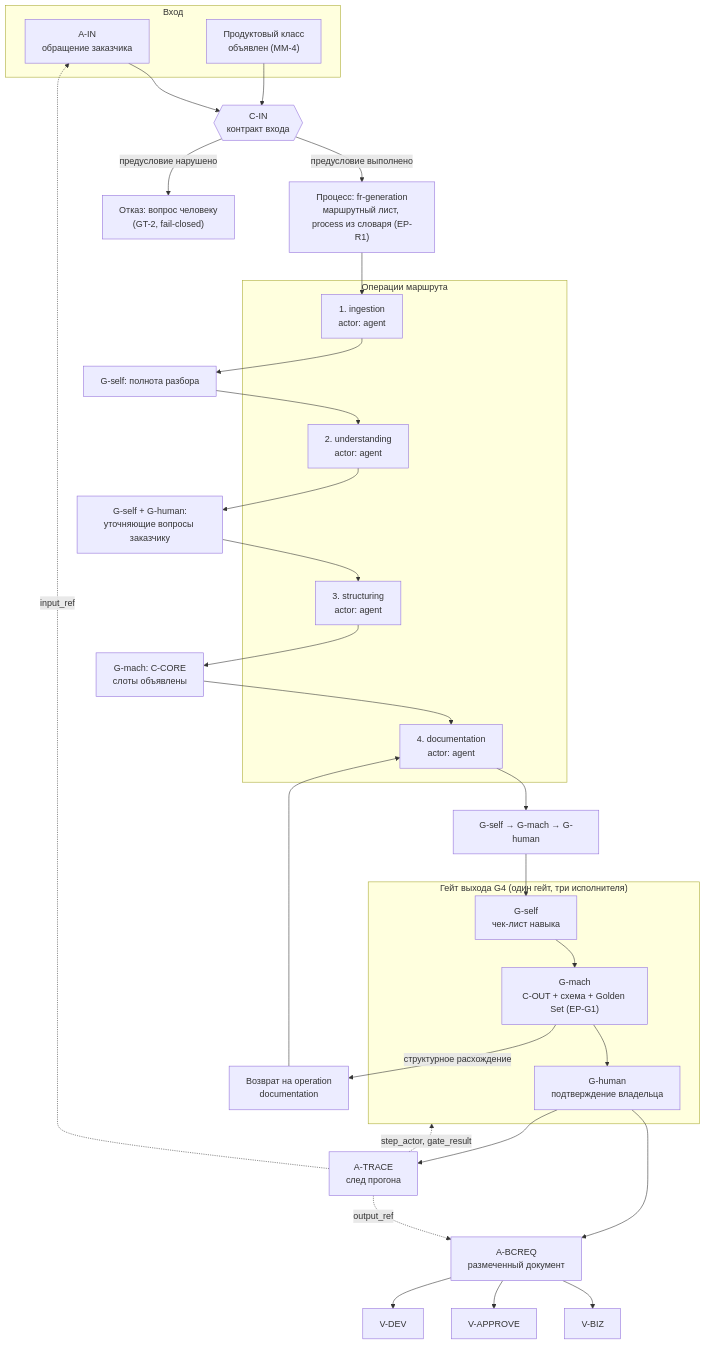
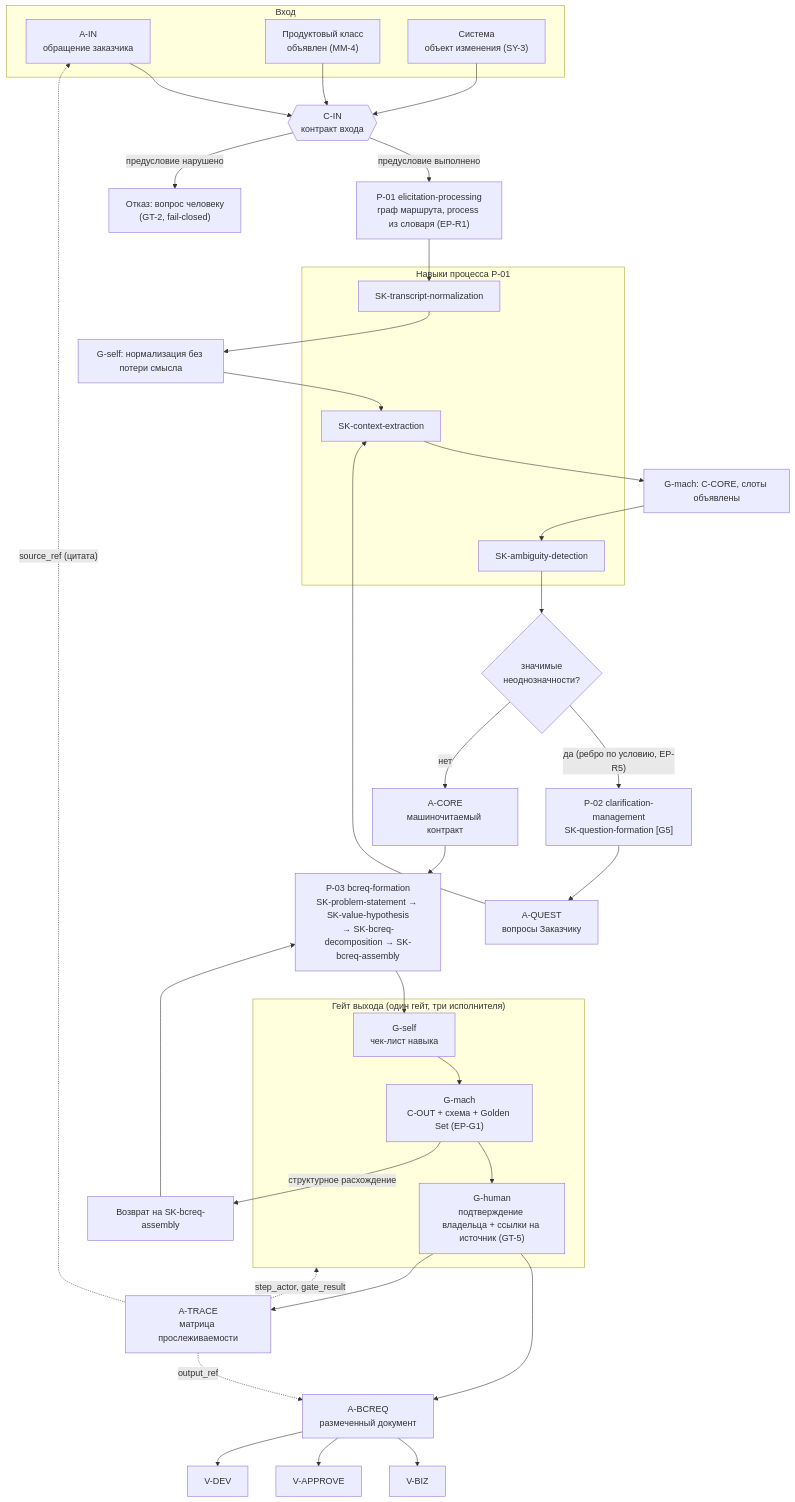
One commit to konard/G-Ivan-A-hybrid-Intelligence-lab changed the diagram in research/ba-requirements/ba-meta-model/40-practice-and-cases.md. Above: the diagram before and after it, drawn with Mermaid. The commit also changed other lines of this file and 6 other files, not shown here.

First line of the commit message:
research(ba): meta-model v2 — entities, route graph, artifact contracts

````diff
--- a/research/ba-requirements/ba-meta-model/40-practice-and-cases.md
+++ b/research/ba-requirements/ba-meta-model/40-practice-and-cases.md
@@ -31,50 +32,58 @@
 ```mermaid
 flowchart TD
     subgraph IN["Вход"]
         AIN["A-IN<br/>обращение заказчика"]
         PC["Продуктовый класс<br/>объявлен (MM-4)"]
+        SYS["Система<br/>объект изменения (SY-3)"]
     end
 
     CIN{{"C-IN<br/>контракт входа"}}
     AIN --> CIN
     PC --> CIN
+    SYS --> CIN
 
-    CIN -->|"предусловие выполнено"| P["Процесс: fr-generation<br/>маршрутный лист, process из словаря (EP-R1)"]
+    CIN -->|"предусловие выполнено"| P["P-01 elicitation-processing<br/>граф маршрута, process из словаря (EP-R1)"]
     CIN -->|"предусловие нарушено"| STOP["Отказ: вопрос человеку<br/>(GT-2, fail-closed)"]
 
-    subgraph OPS["Операции маршрута"]
-        O1["1. ingestion<br/>actor: agent"]
-        O2["2. understanding<br/>actor: agent"]
-        O3["3. structuring<br/>actor: agent"]
-        O4["4. documentation<br/>actor: agent"]
+    subgraph SKA["Навыки процесса P-01"]
+        S1["SK-transcript-normalization"]
+        S2["SK-context-extraction"]
+        S3["SK-ambiguity-detection"]
     end
 
-    P --> O1 --> G1 --> O2 --> G2 --> O3 --> G3 --> O4 --> G4
+    P --> S1 --> G1 --> S2 --> G2 --> S3 --> G3
 
-    G1["G-self: полнота разбора"]
-    G2["G-self + G-human:<br/>уточняющие вопросы заказчику"]
-    G3["G-mach: C-CORE<br/>слоты объявлены"]
-    G4["G-self → G-mach → G-human"]
+    G1["G-self: нормализация без потери смысла"]
+    G2["G-mach: C-CORE, слоты объявлены"]
+    G3{"значимые<br/>неоднозначности?"}
 
-    subgraph GATE["Гейт выхода G4 (один гейт, три исполнителя)"]
+    G3 -->|"да (ребро по условию, EP-R5)"| Q["P-02 clarification-management<br/>SK-question-formation [G5]"]
+    Q --> AQ["A-QUEST<br/>вопросы Заказчику"]
+    AQ --> S2
+
+    G3 -->|"нет"| CORE["A-CORE<br/>машиночитаемый контракт"]
+
+    CORE --> P3["P-03 bcreq-formation<br/>SK-problem-statement → SK-value-hypothesis<br/>→ SK-bcreq-decomposition → SK-bcreq-assembly"]
+
+    subgraph GATE["Гейт выхода (один гейт, три исполнителя)"]
         GS["G-self<br/>чек-лист навыка"]
         GM["G-mach<br/>C-OUT + схема + Golden Set (EP-G1)"]
-        GH["G-human<br/>подтверждение владельца"]
+        GH["G-human<br/>подтверждение владельца + ссылки на источник (GT-5)"]
     end
 
-    G4 --> GS --> GM --> GH
+    P3 --> GS --> GM --> GH
 
-    GM -->|"структурное расхождение"| REJ["Возврат на operation<br/>documentation"]
-    REJ --> O4
+    GM -->|"структурное расхождение"| REJ["Возврат на SK-bcreq-assembly"]
+    REJ --> P3
 
     GH --> OUT["A-BCREQ<br/>размеченный документ"]
-    GH --> TR["A-TRACE<br/>след прогона"]
+    GH --> TR["A-TRACE<br/>матрица прослеживаемости"]
 
     OUT --> V1["V-BIZ"]
     OUT --> V2["V-APPROVE"]
     OUT --> V3["V-DEV"]
 
-    TR -.->|"input_ref"| AIN
+    TR -.->|"source_ref (цитата)"| AIN
     TR -.->|"step_actor, gate_result"| GATE
     TR -.->|"output_ref"| OUT
 ```
````
